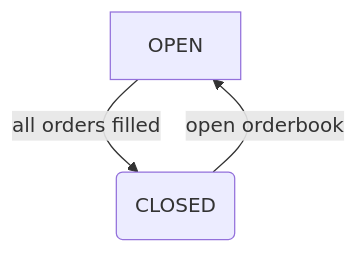
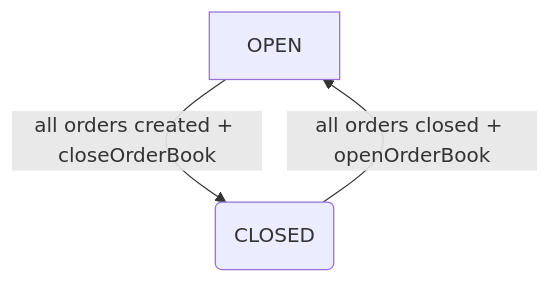
Before and after one commit to vernetto/orderbook: the first of 2 diagrams in README.md, drawn with Mermaid.

Commit message:
mermaid state diagram 3

````diff
--- a/README.md
+++ b/README.md
@@ -43,5 +43,5 @@
 ```mermaid
 graph TD
-    A[OPEN] -->|all orders filled| B(CLOSED)
-    B(CLOSED) -->|open orderbook| A[OPEN]
+    A[OPEN] -->|all orders created + closeOrderBook| B(CLOSED)
+    B(CLOSED) -->|all orders closed + openOrderBook| A[OPEN]
 ``` 
````
